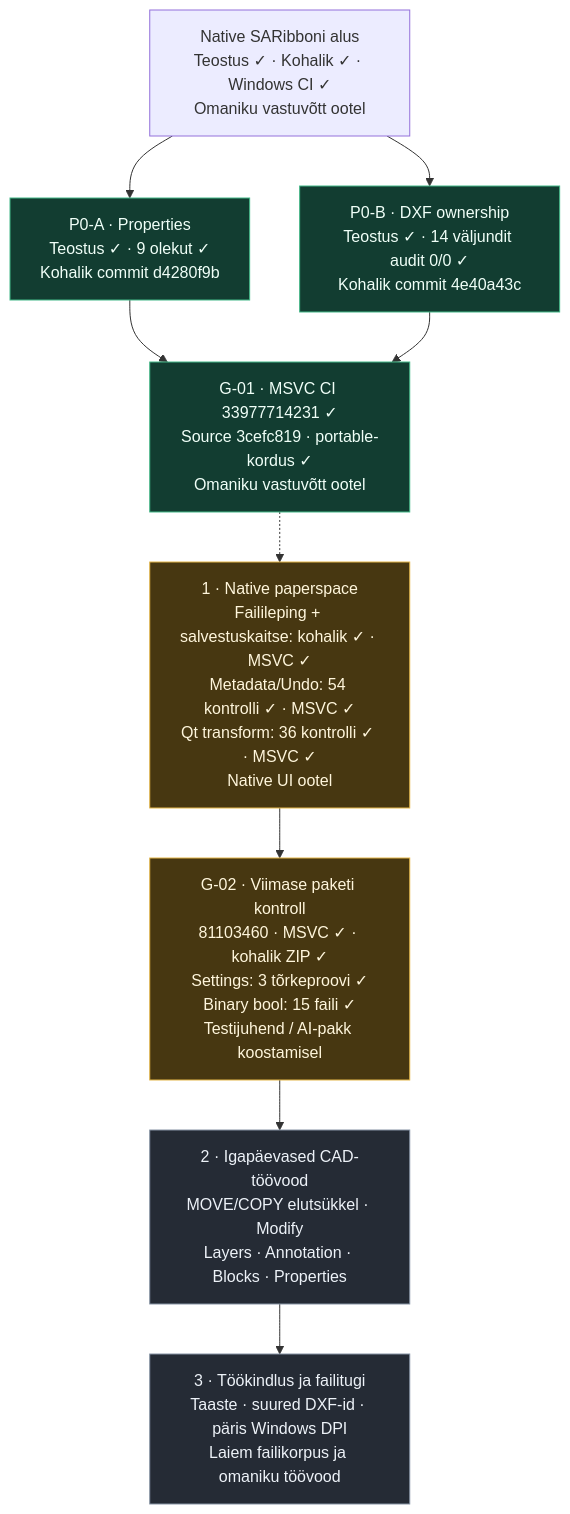
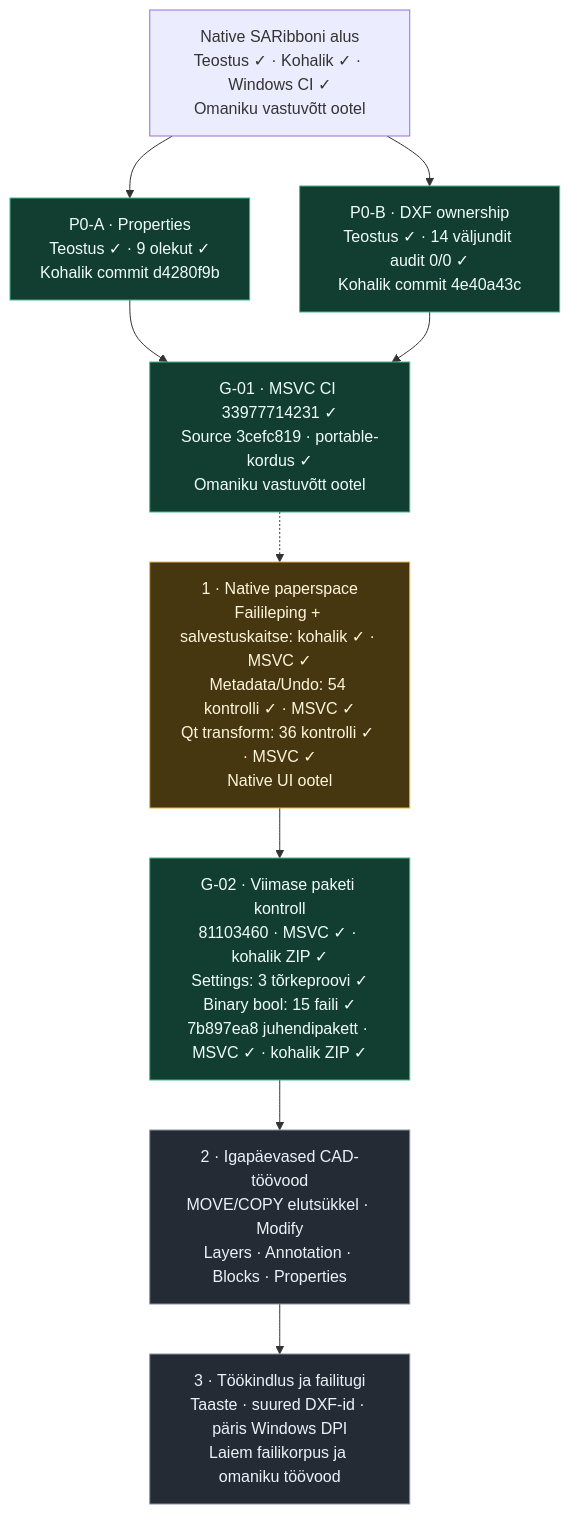
Before and after one commit to T3stin-svg/kuubik-draw-native: the first of 2 diagrams in docs/ROADMAP.md, drawn with Mermaid. The commit also changed other lines of this file and 9 other files, not shown here.

````diff
--- a/docs/ROADMAP.md
+++ b/docs/ROADMAP.md
@@ -21,23 +21,23 @@
 ```mermaid
 flowchart TD
     UI["Native SARibboni alus<br/>Teostus ✓ · Kohalik ✓ · Windows CI ✓<br/>Omaniku vastuvõtt ootel"]
     A["P0-A · Properties<br/>Teostus ✓ · 9 olekut ✓<br/>Kohalik commit d4280f9b"]
     B["P0-B · DXF ownership<br/>Teostus ✓ · 14 väljundit audit 0/0 ✓<br/>Kohalik commit 4e40a43c"]
     G["G-01 · MSVC CI 33977714231 ✓<br/>Source 3cefc819 · portable-kordus ✓<br/>Omaniku vastuvõtt ootel"]
     P["1 · Native paperspace<br/>Failileping + salvestuskaitse: kohalik ✓ · MSVC ✓<br/>Metadata/Undo: 54 kontrolli ✓ · MSVC ✓<br/>Qt transform: 36 kontrolli ✓ · MSVC ✓<br/>Native UI ootel"]
-    V["G-02 · Viimase paketi kontroll<br/>81103460 · MSVC ✓ · kohalik ZIP ✓<br/>Settings: 3 tõrkeproovi ✓<br/>Binary bool: 15 faili ✓<br/>Testijuhend / AI-pakk koostamisel"]
+    V["G-02 · Viimase paketi kontroll<br/>81103460 · MSVC ✓ · kohalik ZIP ✓<br/>Settings: 3 tõrkeproovi ✓<br/>Binary bool: 15 faili ✓<br/>7b897ea8 juhendipakett · MSVC ✓ · kohalik ZIP ✓"]
     C["2 · Igapäevased CAD-töövood<br/>MOVE/COPY elutsükkel · Modify<br/>Layers · Annotation · Blocks · Properties"]
     R["3 · Töökindlus ja failitugi<br/>Taaste · suured DXF-id · päris Windows DPI<br/>Laiem failikorpus ja omaniku töövood"]
     UI --> A
     UI --> B
     A --> G
     B --> G
     G -.-> P
     P --> V --> C --> R
     classDef verified fill:#123d31,stroke:#42b887,color:#f0fff8
     classDef active fill:#473711,stroke:#e4b648,color:#fff6dc
     classDef pending fill:#252b35,stroke:#8592a3,color:#edf2f8
-    class A,B,G verified
-    class P,V active
+    class A,B,G,V verified
+    class P active
     class C,R pending
 ```
````
